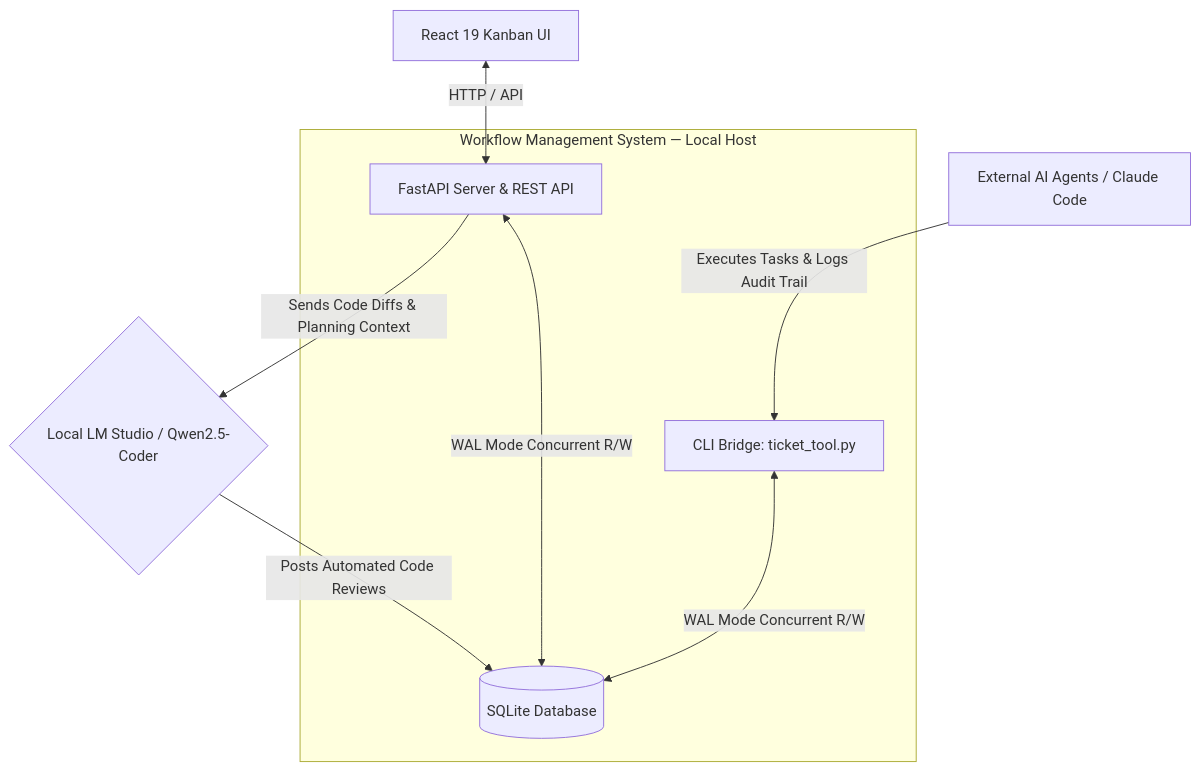
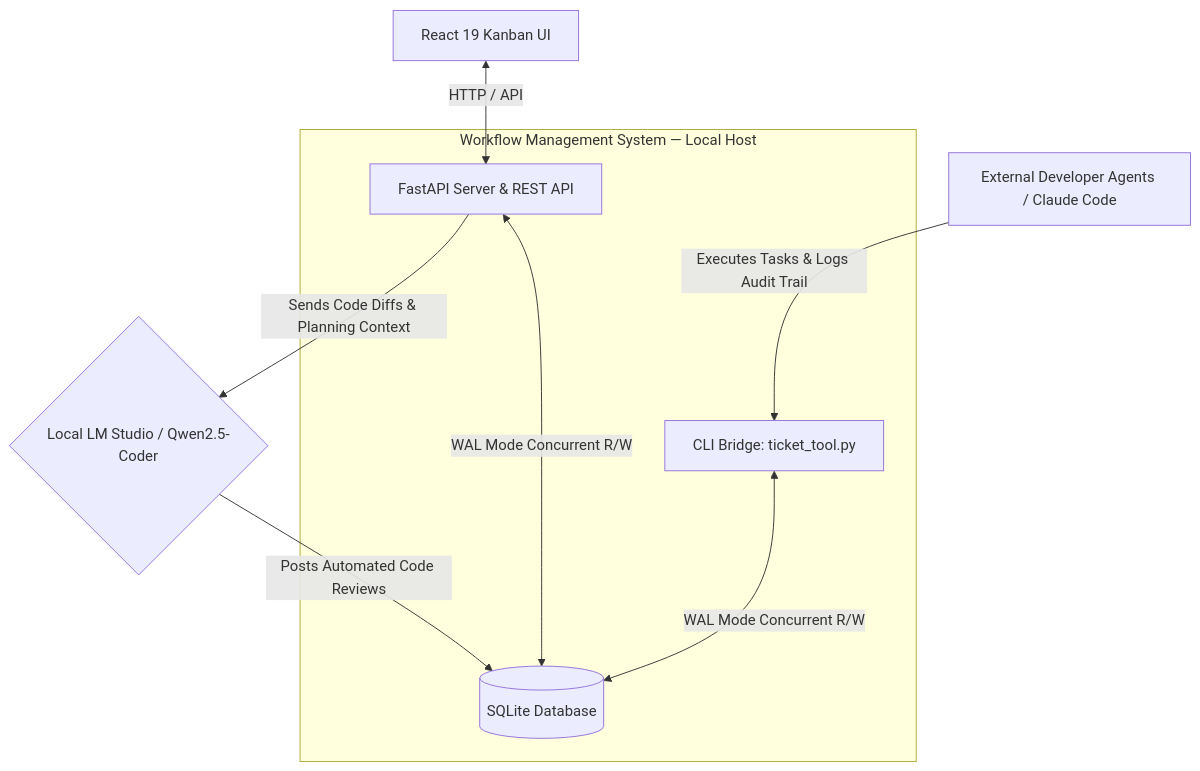
Before and after one commit to alexisbailon1/alexisbailon1: the diagram in README.md, drawn with Mermaid. The commit also changed other lines of this file, not shown here.

````diff
--- a/README.md
+++ b/README.md
@@ -22,11 +22,11 @@
 ```mermaid
 graph TD
     subgraph Hub [Workflow Management System — Local Host]
         API[FastAPI Server & REST API] <-->|WAL Mode Concurrent R/W| DB[(SQLite Database)]
         CLI[CLI Bridge: ticket_tool.py] <-->|WAL Mode Concurrent R/W| DB
     end
     UI[React 19 Kanban UI] <-->|HTTP / API| API
-    Agent[External AI Agents / Claude Code] -->|Executes Tasks & Logs Audit Trail| CLI
+    Agent[External Developer Agents / Claude Code] -->|Executes Tasks & Logs Audit Trail| CLI
     API -->|Sends Code Diffs & Planning Context| LLM{Local LM Studio / Qwen2.5-Coder}
     LLM -->|Posts Automated Code Reviews| DB
 ```
````
